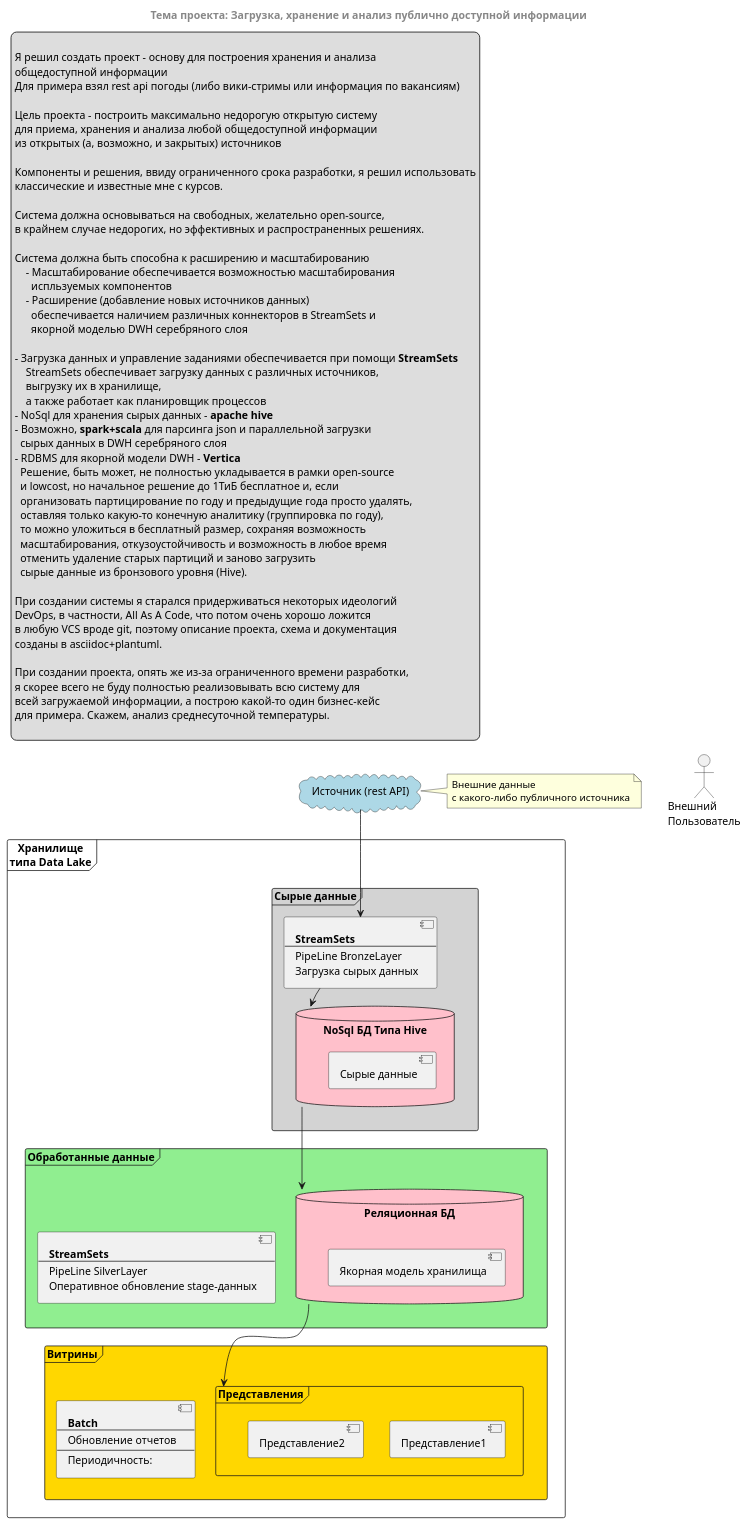
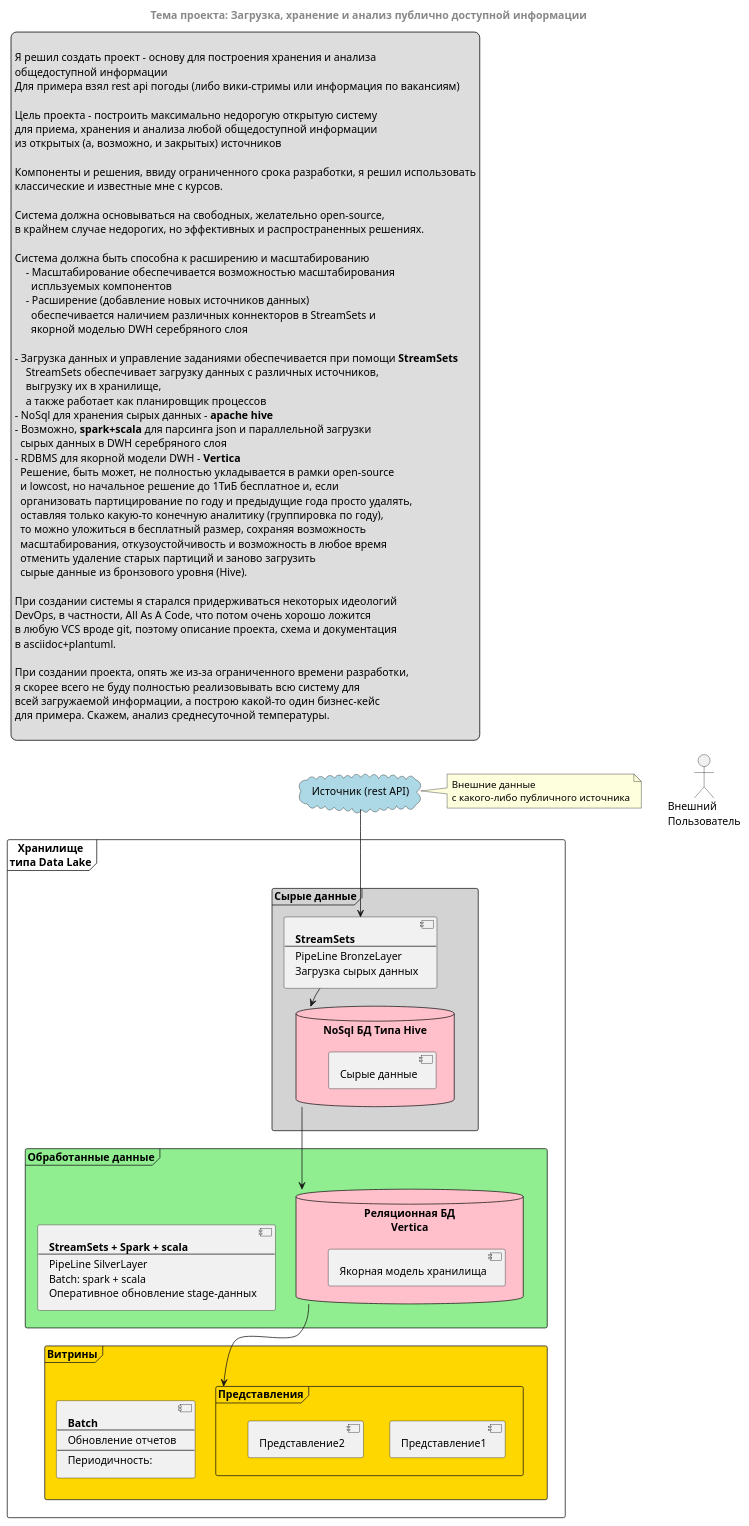
Before and after one commit to tol2000/dataengineerclub: the diagram in project/schema.plantuml, drawn with PlantUML. The commit also changed 1 other file, not shown here.

```diff
--- a/project/schema.plantuml
+++ b/project/schema.plantuml
@@ -1,130 +1,131 @@
 @startuml Схема процесса
 
 skinparam ComponentStyle uml2
 
 ' left to right direction
 ' top to bottom direction
 
 centerheader
 = Тема проекта: Загрузка, хранение и анализ публично доступной информации
 endheader
 
 legend top left
 
     Я решил создать проект - основу для построения хранения и анализа
     общедоступной информации
     Для примера взял rest api погоды (либо вики-стримы или информация по вакансиям)
 
     Цель проекта - построить максимально недорогую открытую систему
     для приема, хранения и анализа любой общедоступной информации
     из открытых (а, возможно, и закрытых) источников
 
     Компоненты и решения, ввиду ограниченного срока разработки, я решил использовать
     классические и известные мне с курсов.
 
     Система должна основываться на свободных, желательно open-source,
     в крайнем случае недорогих, но эффективных и распространенных решениях.
 
     Система должна быть способна к расширению и масштабированию
         - Масштабирование обеспечивается возможностью масштабирования
           испльзуемых компонентов
         - Расширение (добавление новых источников данных)
           обеспечивается наличием различных коннекторов в StreamSets и
           якорной моделью DWH серебряного слоя
 
     - Загрузка данных и управление заданиями обеспечивается при помощи **StreamSets**
         StreamSets обеспечивает загрузку данных с различных источников,
         выгрузку их в хранилище,
         а также работает как планировщик процессов
     - NoSql для хранения сырых данных - **apache hive**
     - Возможно, **spark+scala** для парсинга json и параллельной загрузки
       сырых данных в DWH серебряного слоя
     - RDBMS для якорной модели DWH - **Vertica**
       Решение, быть может, не полностью укладывается в рамки open-source
       и lowcost, но начальное решение до 1ТиБ бесплатное и, если
       организовать партицирование по году и предыдущие года просто удалять,
       оставляя только какую-то конечную аналитику (группировка по году),
       то можно уложиться в бесплатный размер, сохраняя возможность
       масштабирования, откузоустойчивость и возможность в любое время
       отменить удаление старых партиций и заново загрузить
       сырые данные из бронзового уровня (Hive).
 
     При создании системы я старался придерживаться некоторых идеологий
     DevOps, в частности, All As A Code, что потом очень хорошо ложится
     в любую VCS вроде git, поэтому описание проекта, схема и документация
-    созданы в asciidoc+plantuml.
+    в asciidoc+plantuml.
 
     При создании проекта, опять же из-за ограниченного времени разработки,
     я скорее всего не буду полностью реализовывать всю систему для
     всей загружаемой информации, а построю какой-то один бизнес-кейс
     для примера. Скажем, анализ среднесуточной температуры.
 
 endlegend
 
 cloud "Источник (rest API)" as cloud_source #LightBlue {
 }
 
 note right of cloud_source
     Внешние данные
     с какого-либо публичного источника
 end note
 
 Actor "Внешний\nПользователь" as extuser
 
 frame "Хранилище\nтипа Data Lake" as frame_dlstor {
 
     frame "Витрины" as frame_dlstor_dm #Gold {
         frame "Представления" as views_dm {
             component report_1 [
                 Представление1
             ]
             component report_2 [
                 Представление2
             ]
         }
         component batch_dm_refresh [
             **Batch**
             ----
             Обновление отчетов
             ----
             Периодичность: 
         ]
     }
 
     frame "Обработанные данные" as frame_dlstor_stage #LightGreen {
-        database "Реляционная БД\n" as db_stage #Pink {
+        database "Реляционная БД\n**Vertica**" as db_stage #Pink {
             component anchor_model_dwh [
                 Якорная модель хранилища
             ]
         }
         component batch_stage_refresh [
-            **StreamSets**
+            **StreamSets + Spark + scala**
             ----
             PipeLine SilverLayer
+            Batch: spark + scala
             Оперативное обновление stage-данных
         ]
     }
 
     frame "Сырые данные" as frame_dlstor_raw #LightGray {
         database "NoSql БД Типа Hive" as db_raw #Pink {
             component raw_data [
                 Сырые данные
             ]
         }
         component batch_raw_load [
             **StreamSets**
             ----
             PipeLine BronzeLayer
             Загрузка сырых данных
         ]
     }
 
     cloud_source --> batch_raw_load
     batch_raw_load --> db_raw
 
     db_raw --> db_stage
 
     db_stage --> views_dm
 
 }
 @enduml
```
